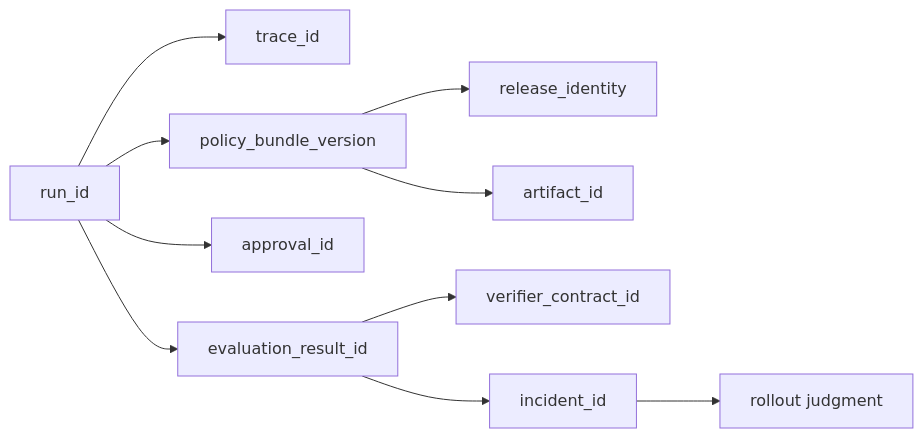
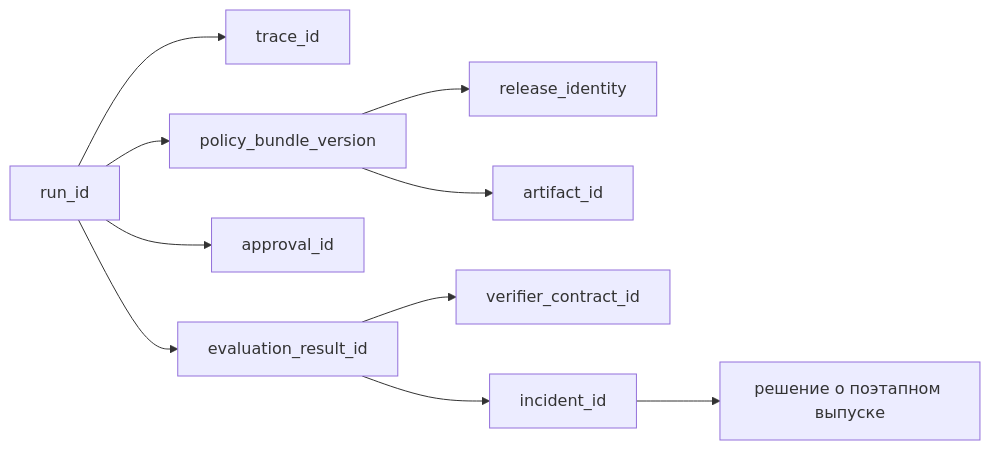
One commit to agent-axiom/agent-arch changed the diagram in docs/book/part-v/evidence-spine.md. Above: the diagram before and after it, drawn with Mermaid. The commit also changed other lines of this file and 2 other files, not shown here.

````diff
--- a/docs/book/part-v/evidence-spine.md
+++ b/docs/book/part-v/evidence-spine.md
@@ -72,12 +72,12 @@
 ``` mermaid
 flowchart LR
     A["run_id"] --> B["trace_id"]
     A --> C["policy_bundle_version"]
     A --> D["approval_id"]
     A --> E["evaluation_result_id"]
     C --> F["release_identity"]
     C --> G["artifact_id"]
     E --> H["verifier_contract_id"]
     E --> I["incident_id"]
-    I --> J["rollout judgment"]
+    I --> J["решение о поэтапном выпуске"]
 ```
````
